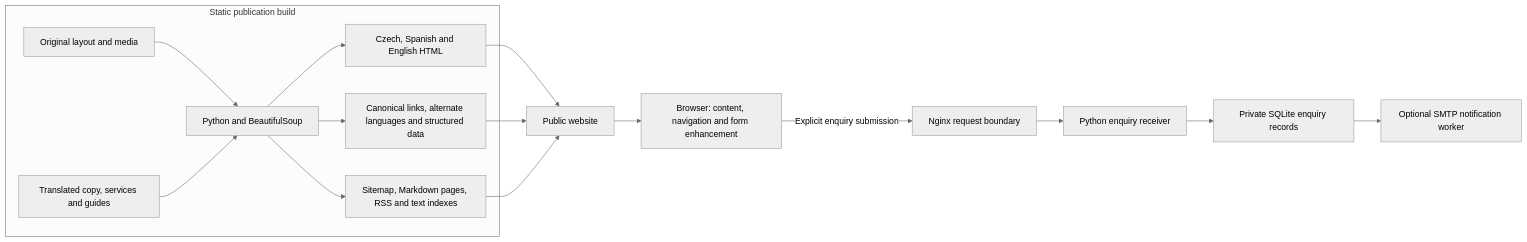
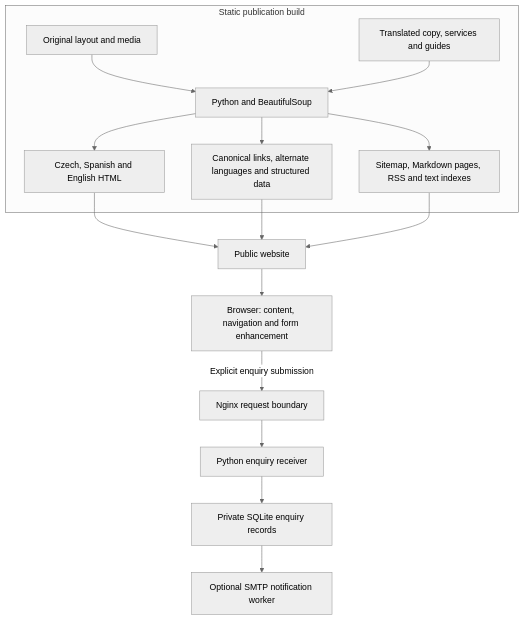
The second of 2 diagrams in README.md (nqmaikel/garantlead), drawn with Mermaid (neutral theme) before and after one commit.

Commit message:
docs: make architecture diagrams readable in the showcase

````diff
--- a/README.md
+++ b/README.md
@@ -91,18 +91,18 @@
 ```mermaid
-flowchart LR
+flowchart TB
     subgraph Build["Static publication build"]
         Layout["Original layout and media"] --> Builder["Python and BeautifulSoup"]
         Copy["Translated copy, services and guides"] --> Builder
         Builder --> Pages["Czech, Spanish and English HTML"]
         Builder --> Discovery["Canonical links, alternate languages and structured data"]
         Builder --> Indexes["Sitemap, Markdown pages, RSS and text indexes"]
     end
     Pages --> Web["Public website"]
     Discovery --> Web
     Indexes --> Web
     Web --> UI["Browser: content, navigation and form enhancement"]
     UI -->|"Explicit enquiry submission"| Proxy["Nginx request boundary"]
     Proxy --> API["Python enquiry receiver"]
     API --> Records["Private SQLite enquiry records"]
     Records --> Notifications["Optional SMTP notification worker"]
 ```
````
